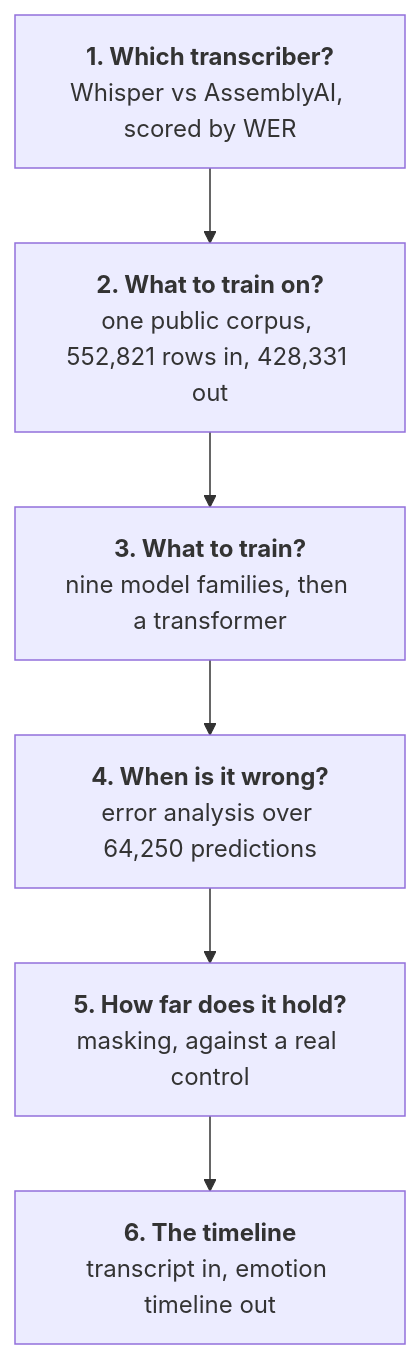
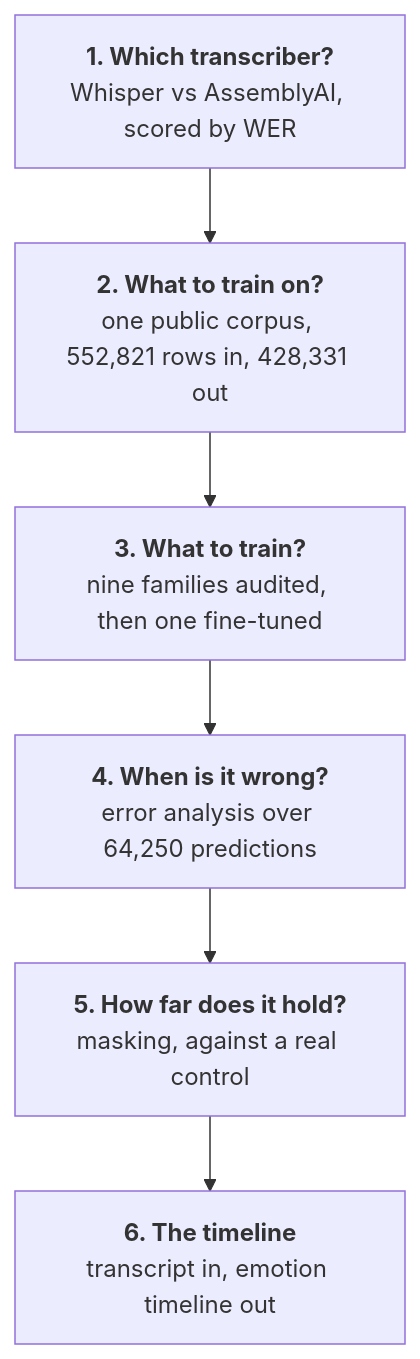
One commit to alex-krasnoshtanov/Emotion-Timeline changed the diagram in README.md. Above: the diagram before and after it, drawn with Mermaid. The commit also changed other lines of this file and 6 other files, not shown here.

````diff
--- a/README.md
+++ b/README.md
@@ -33,11 +33,11 @@
 ```mermaid
 flowchart TD
     stt["<b>1. Which transcriber?</b><br/>Whisper vs AssemblyAI, scored by WER"]
     data["<b>2. What to train on?</b><br/>one public corpus, 552,821 rows in, 428,331 out"]
-    model["<b>3. What to train?</b><br/>nine model families, then a transformer"]
+    model["<b>3. What to train?</b><br/>nine families audited, then one fine-tuned"]
     err["<b>4. When is it wrong?</b><br/>error analysis over 64,250 predictions"]
     xai["<b>5. How far does it hold?</b><br/>masking, against a real control"]
     pipe["<b>6. The timeline</b><br/>transcript in, emotion timeline out"]
 
     stt --> data --> model --> err --> xai --> pipe
 ```
````
